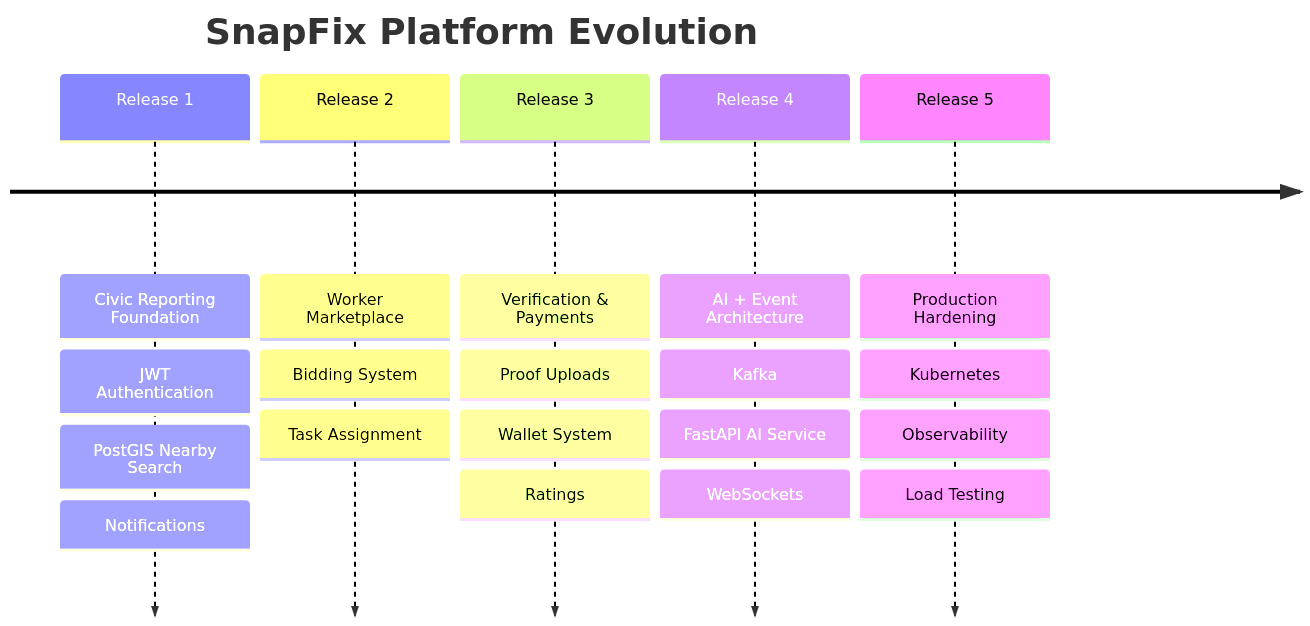
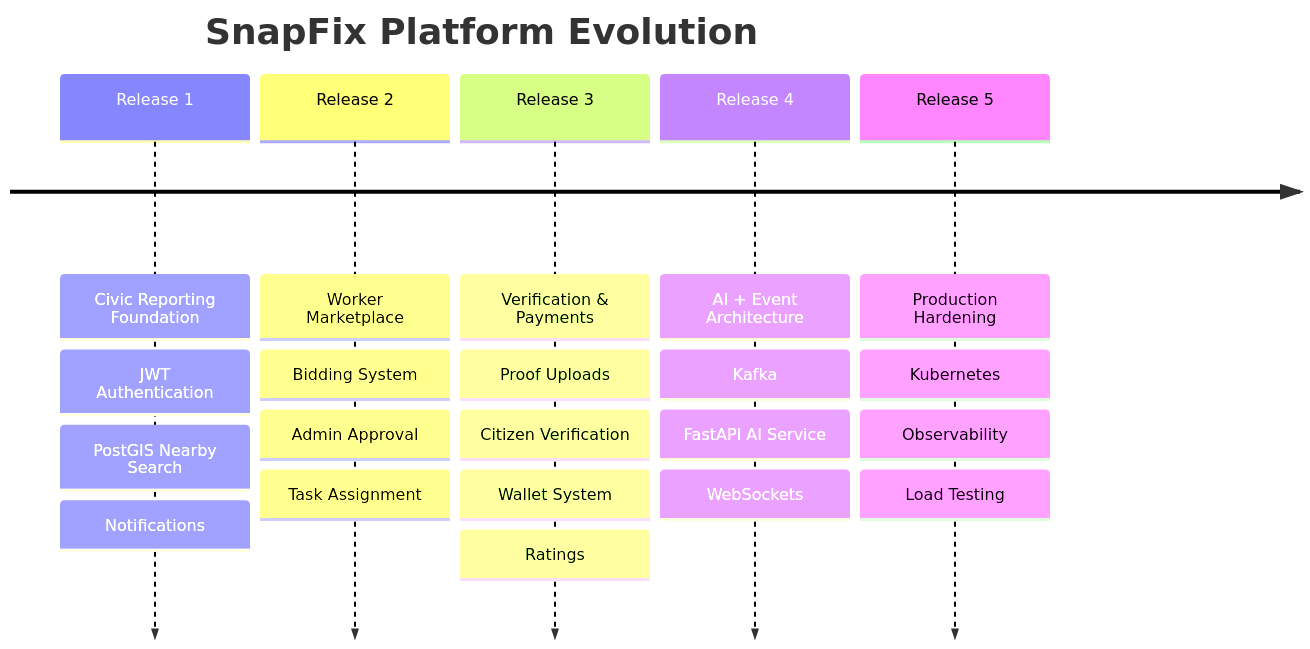
The second of 10 diagrams in README.md (OmkarDongre7772/SnapFix-Backend), drawn with Mermaid before and after one commit. The commit also changed other lines of this file and 29 other files, not shown here.

````diff
--- a/README.md
+++ b/README.md
@@ -103,28 +123,30 @@
 ```mermaid
 timeline
     title SnapFix Platform Evolution
 
     Release 1 : Civic Reporting Foundation
               : JWT Authentication
               : PostGIS Nearby Search
               : Notifications
 
     Release 2 : Worker Marketplace
               : Bidding System
+              : Admin Approval
               : Task Assignment
 
     Release 3 : Verification & Payments
               : Proof Uploads
+              : Citizen Verification
               : Wallet System
               : Ratings
 
     Release 4 : AI + Event Architecture
               : Kafka
               : FastAPI AI Service
               : WebSockets
 
     Release 5 : Production Hardening
               : Kubernetes
               : Observability
               : Load Testing
 ```
````
